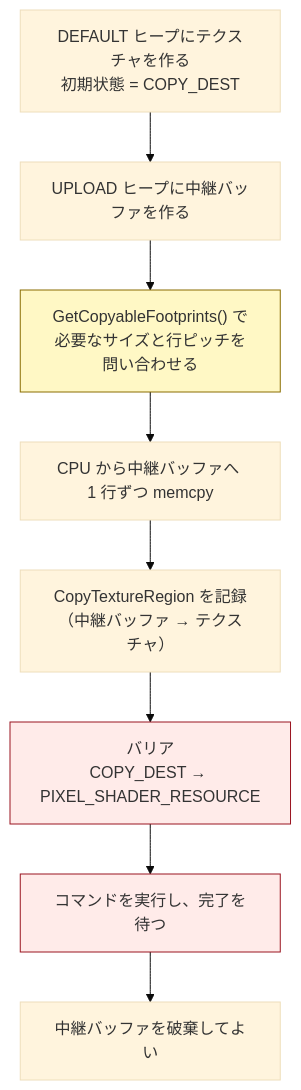
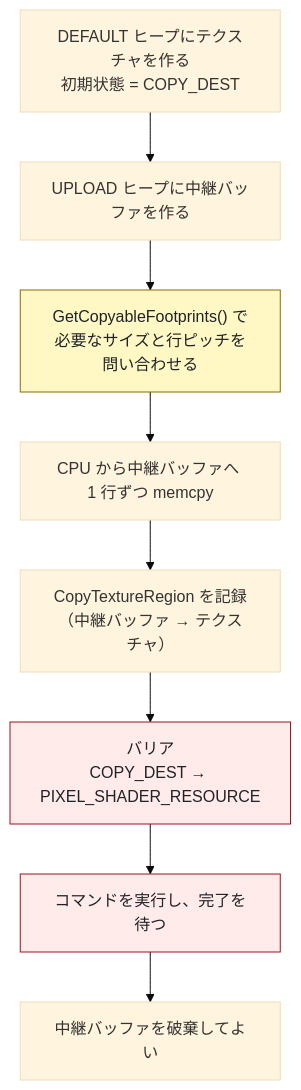
The diagram in docs/tutorial/09_テクスチャを貼る.md (Tomonorarari-Think/DirectX12Dev), drawn with Mermaid (base theme) before and after one commit. The commit also changed 28 other files, not shown here.

First line of the commit message:
fix: 図の文字が暗色モードで読めなくなる問題を直す

````diff
--- a/docs/tutorial/09_テクスチャを貼る.md
+++ b/docs/tutorial/09_テクスチャを貼る.md
@@ -43,14 +43,14 @@
 ```mermaid
 flowchart TD
     A["DEFAULT ヒープにテクスチャを作る<br/>初期状態 = COPY_DEST"] --> B["UPLOAD ヒープに中継バッファを作る"]
     B --> C["GetCopyableFootprints() で<br/>必要なサイズと行ピッチを問い合わせる"]
     C --> D["CPU から中継バッファへ 1 行ずつ memcpy"]
     D --> E["CopyTextureRegion を記録<br/>（中継バッファ → テクスチャ）"]
     E --> F["バリア<br/>COPY_DEST → PIXEL_SHADER_RESOURCE"]
     F --> G["コマンドを実行し、完了を待つ"]
     G --> H["中継バッファを破棄してよい"]
 
-    style C fill:#fff8c5,stroke:#8a6d00
-    style F fill:#ffebe9,stroke:#9a1420
-    style G fill:#ffebe9,stroke:#9a1420
+    style C fill:#fff8c5,stroke:#8a6d00,color:#1f2328
+    style F fill:#ffebe9,stroke:#9a1420,color:#1f2328
+    style G fill:#ffebe9,stroke:#9a1420,color:#1f2328
 ```
````
